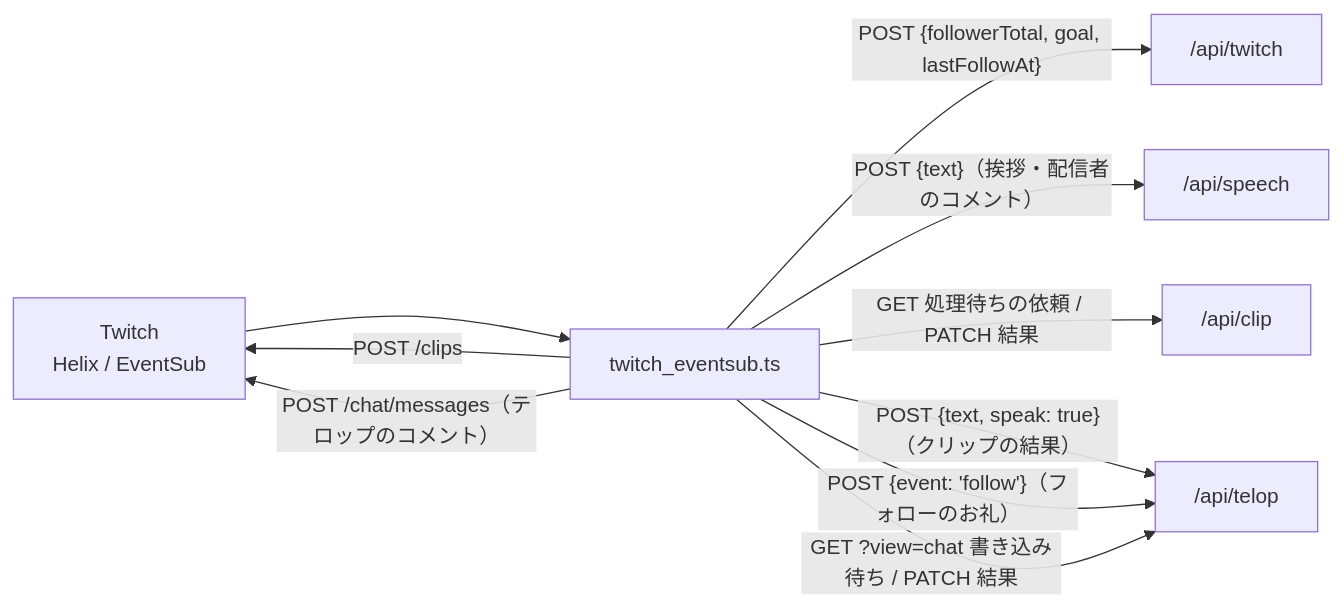
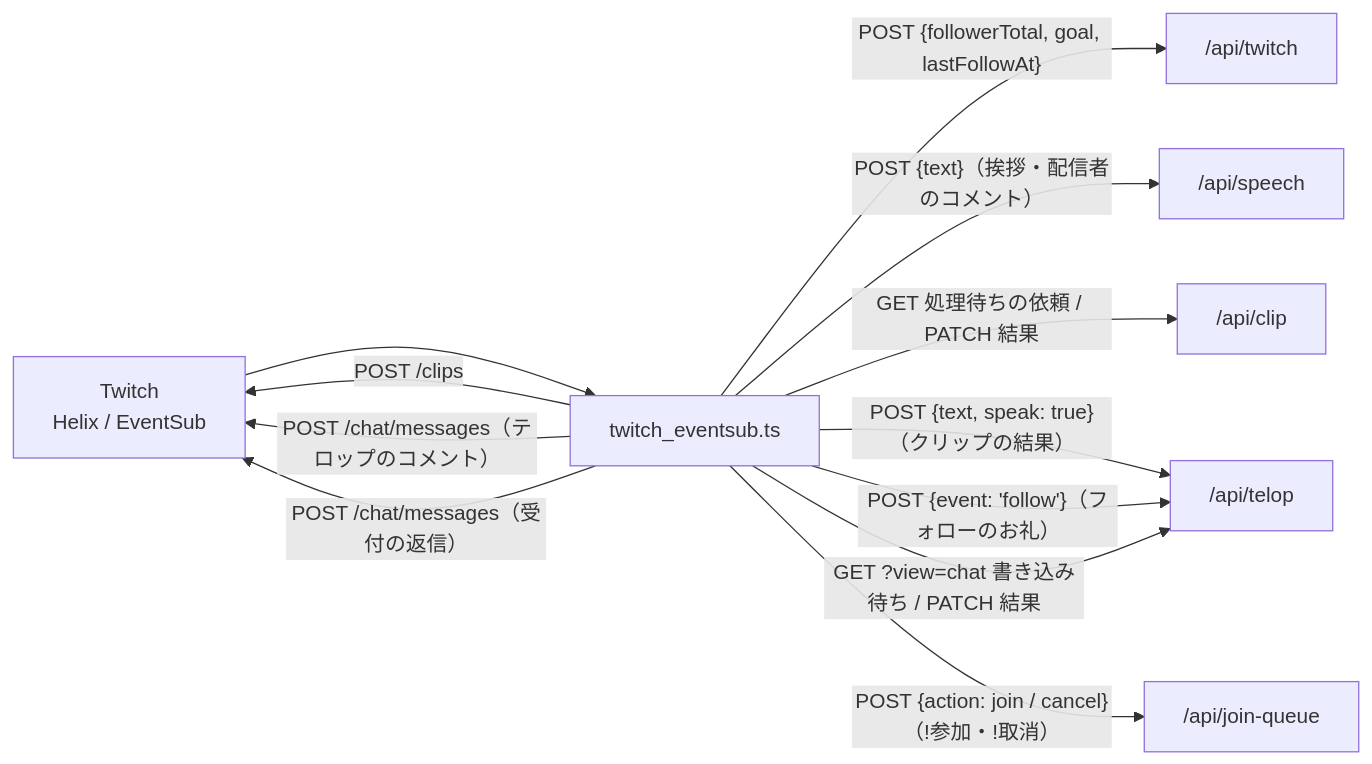
One commit to eddie-splatoon/splatoon-point-counter changed the third of 3 diagrams in README.md. Above: the diagram before and after it, drawn with Mermaid. The commit also changed other lines of this file and 17 other files, not shown here.

````diff
--- a/README.md
+++ b/README.md
@@ -132,12 +143,14 @@
 ```mermaid
 flowchart LR
     TW["Twitch<br/>Helix / EventSub"] --> SCR["twitch_eventsub.ts"]
     SCR -- "POST {followerTotal, goal, lastFollowAt}" --> API["/api/twitch"]
     SCR -- "POST {text}（挨拶・配信者のコメント）" --> SP["/api/speech"]
     SCR -- "GET 処理待ちの依頼 / PATCH 結果" --> CLIP["/api/clip"]
     SCR -- "POST /clips" --> TW
     SCR -- "POST {text, speak: true}（クリップの結果）" --> TELOP["/api/telop"]
     SCR -- "POST {event: 'follow'}（フォローのお礼）" --> TELOP
     SCR -- "GET ?view=chat 書き込み待ち / PATCH 結果" --> TELOP
     SCR -- "POST /chat/messages（テロップのコメント）" --> TW
+    SCR -- "POST {action: join / cancel}（!参加・!取消）" --> JOIN["/api/join-queue"]
+    SCR -- "POST /chat/messages（受付の返信）" --> TW
 ```
````
